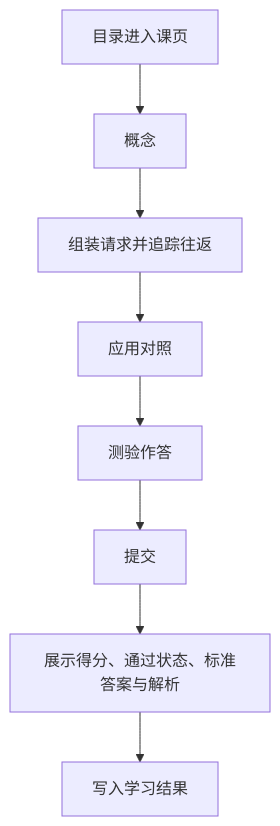
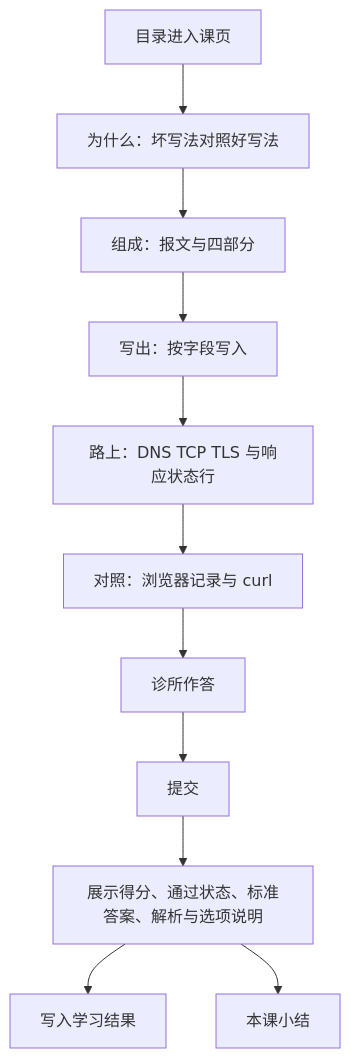
One commit to Izelzzz/interactive-tech-learning changed the diagram in docs/2026-10-18-http-course-from-scratch/产品规格.md. Above: the diagram before and after it, drawn with Mermaid. The commit also changed other lines of this file and 11 other files, not shown here.

````diff
--- a/docs/2026-10-18-http-course-from-scratch/产品规格.md
+++ b/docs/2026-10-18-http-course-from-scratch/产品规格.md
@@ -100,10 +110,13 @@
 ```mermaid
 flowchart TD
-  A[目录进入课页] --> C[概念]
-  C --> D[组装请求并追踪往返]
-  D --> E[应用对照]
-  E --> F[测验作答]
-  F --> G[提交]
-  G --> H[展示得分、通过状态、标准答案与解析]
+  A[目录进入课页] --> W[为什么：坏写法对照好写法]
+  W --> P[组成：报文与四部分]
+  P --> L[写出：按字段写入]
+  L --> R[路上：DNS TCP TLS 与响应状态行]
+  R --> C[对照：浏览器记录与 curl]
+  C --> Q[诊所作答]
+  Q --> G[提交]
+  G --> H[展示得分、通过状态、标准答案、解析与选项说明]
   H --> I[写入学习结果]
+  H --> S[本课小结]
 ```
````
